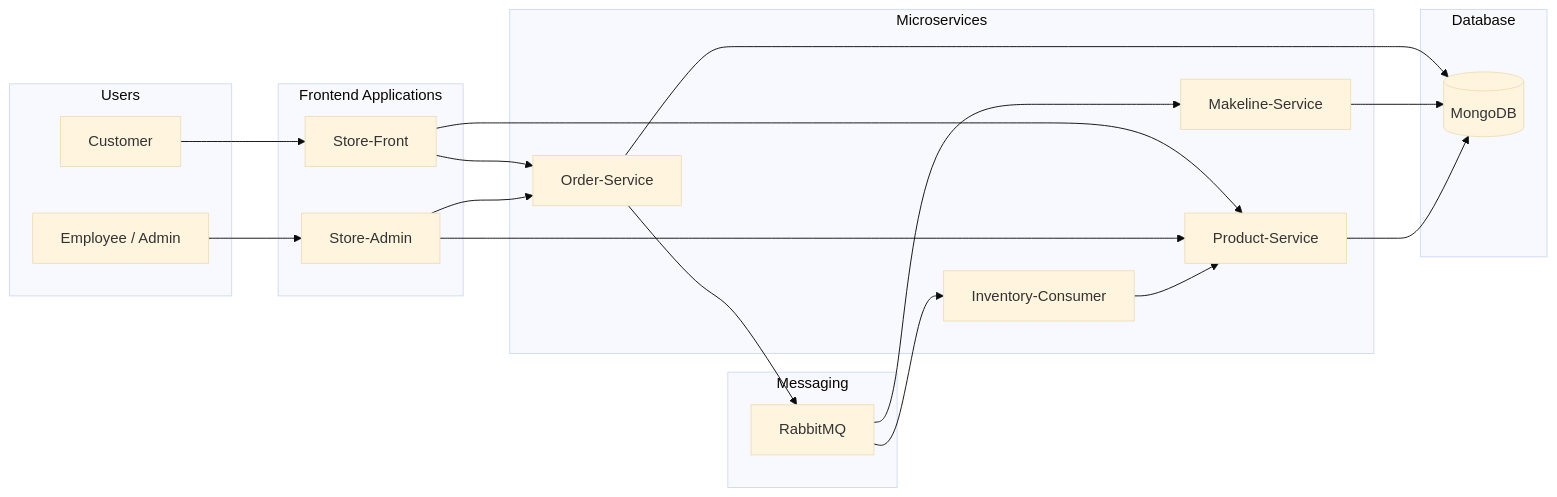
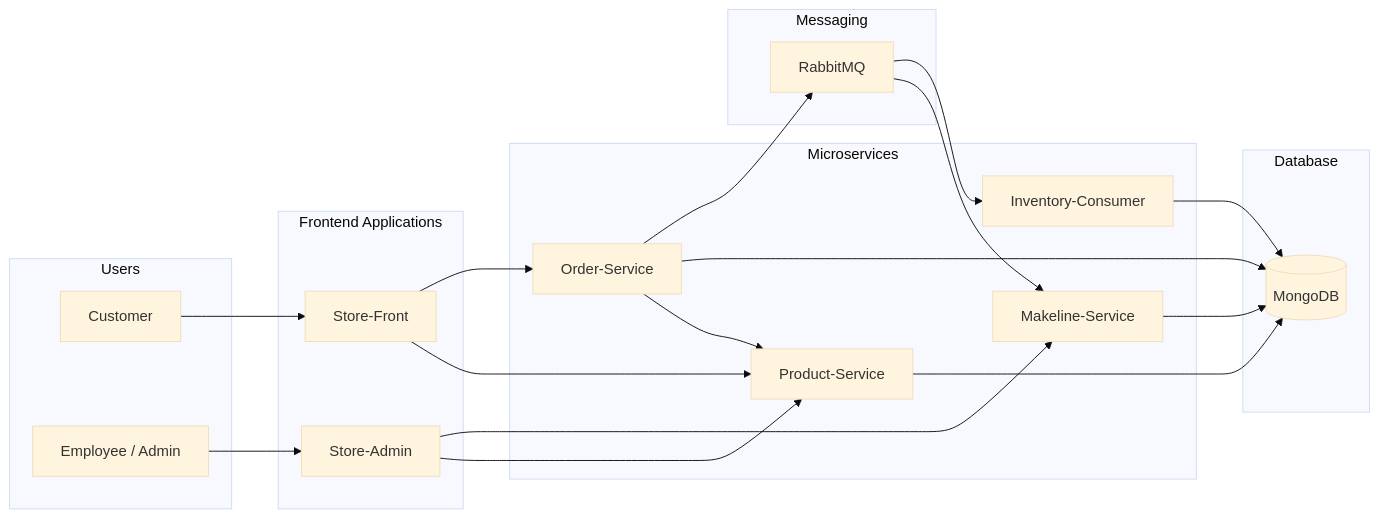
Before and after one commit to Jingjing-Duan/bestbuy-cloud-native-app: the diagram in README.md, drawn with Mermaid (base theme). The commit also changed other lines of this file and 19 other files, not shown here.

````diff
--- a/README.md
+++ b/README.md
@@ -6,45 +16,48 @@
 ```mermaid
 flowchart LR
     subgraph Users
         C[Customer]
         E[Employee / Admin]
     end
 
     subgraph Frontend Applications
         SF[Store-Front]
         SA[Store-Admin]
     end
 
     subgraph Microservices
         PS[Product-Service]
         OS[Order-Service]
         ML[Makeline-Service]
         IC[Inventory-Consumer]
     end
 
     subgraph Messaging
         MQ[RabbitMQ]
     end
 
     subgraph Database
         DB[(MongoDB)]
     end
 
     C --> SF
     E --> SA
 
     SF --> PS
     SF --> OS
     SA --> PS
-    SA --> OS
+    SA --> ML
 
+    OS --> PS
     OS --> DB
     OS --> MQ
 
     MQ --> ML
     MQ --> IC
 
     ML --> DB
-    IC --> PS
+    IC --> DB
+
     PS --> DB
+
 ```
````
